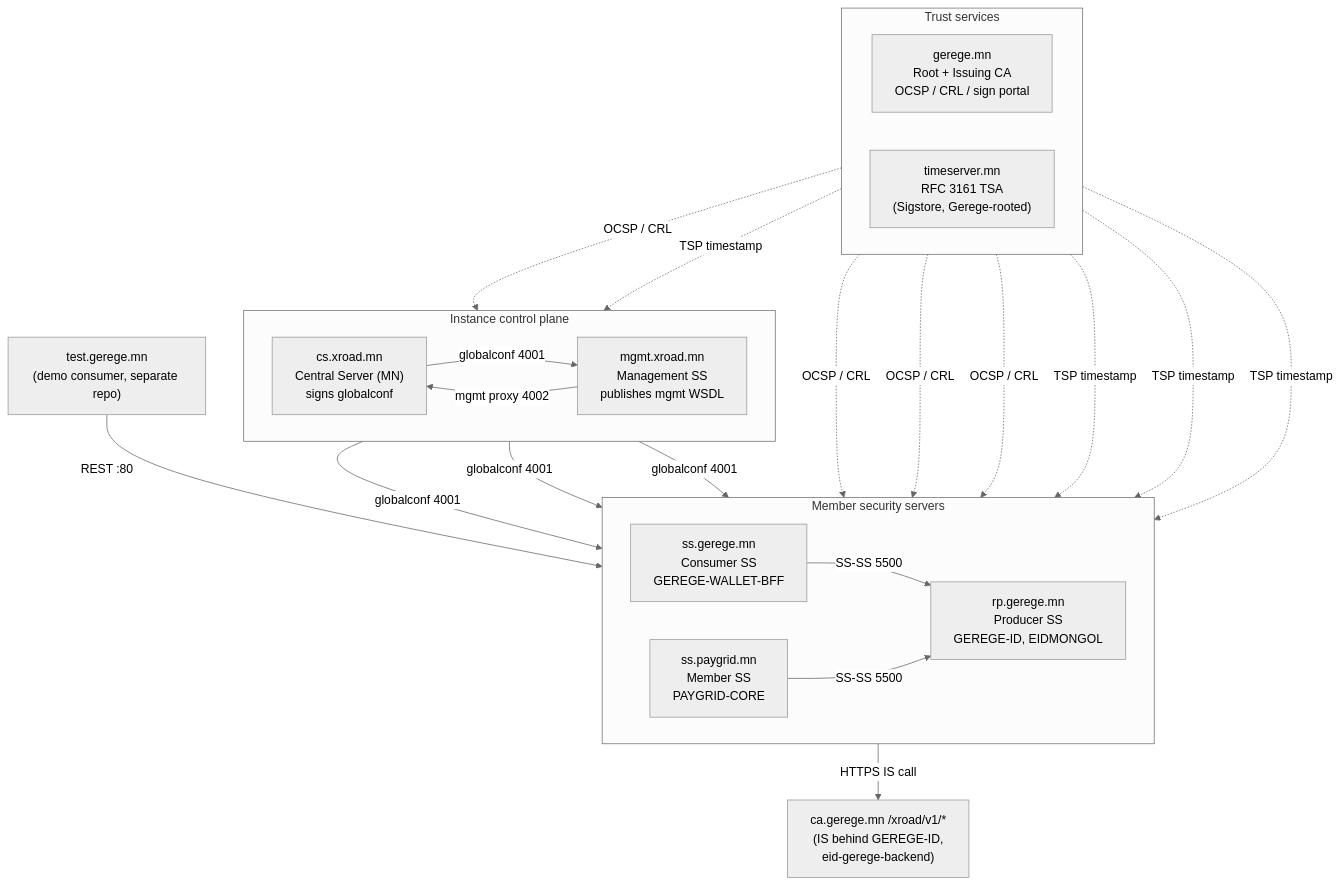
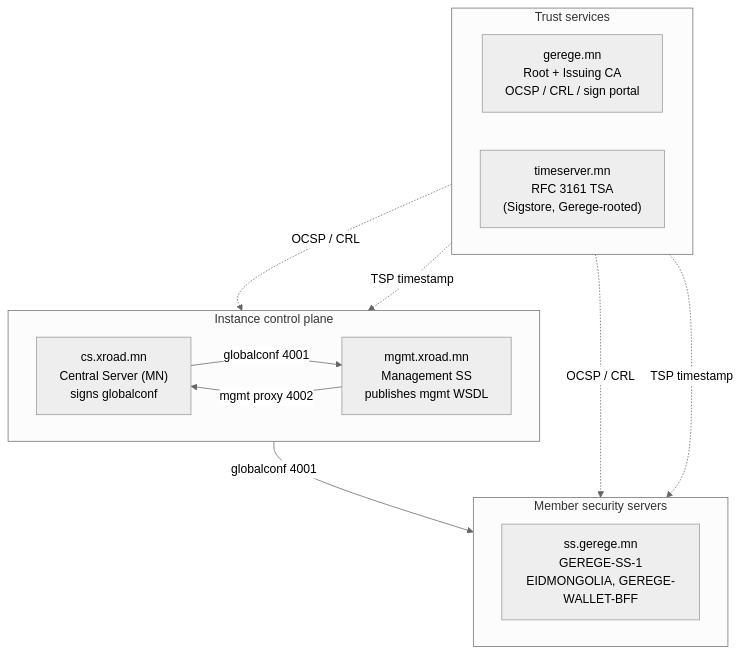
Before and after one commit to geregedevops/xroad-mongolia-mn: the first of 3 diagrams in README.md, drawn with Mermaid (neutral theme). The commit also changed other lines of this file and 3 other files, not shown here.

````diff
--- a/README.md
+++ b/README.md
@@ -9,48 +9,32 @@
 ```mermaid
 graph TB
     %% Mongolia X-Road (instance MN) — high-level topology
     %% Solid arrows = X-Road message / control-plane paths
     %% Dotted arrows = attestation services (OCSP, CRL, RFC 3161 timestamps)
 
     subgraph trust[Trust services]
         direction LR
         CA["gerege.mn<br/>Root + Issuing CA<br/>OCSP / CRL / sign portal"]
         TSA["timeserver.mn<br/>RFC 3161 TSA<br/>(Sigstore, Gerege-rooted)"]
     end
 
     subgraph control[Instance control plane]
         direction LR
         CS["cs.xroad.mn<br/>Central Server (MN)<br/>signs globalconf"]
         MGMT["mgmt.xroad.mn<br/>Management SS<br/>publishes mgmt WSDL"]
     end
 
     subgraph members[Member security servers]
         direction LR
-        RP["rp.gerege.mn<br/>Producer SS<br/>GEREGE-ID, EIDMONGOL"]
-        SSG["ss.gerege.mn<br/>Consumer SS<br/>GEREGE-WALLET-BFF"]
-        PAY["ss.paygrid.mn<br/>Member SS<br/>PAYGRID-CORE"]
+        SSG["ss.gerege.mn<br/>GEREGE-SS-1<br/>EIDMONGOLIA, GEREGE-WALLET-BFF"]
     end
 
-    IS["ca.gerege.mn /xroad/v1/*<br/>(IS behind GEREGE-ID,<br/>eid-gerege-backend)"]
-    DEMO["test.gerege.mn<br/>(demo consumer, separate repo)"]
-
-    CS -->|"globalconf 4001"| RP
     CS -->|"globalconf 4001"| SSG
-    CS -->|"globalconf 4001"| PAY
     CS -->|"globalconf 4001"| MGMT
     MGMT -->|"mgmt proxy 4002"| CS
 
-    SSG -->|"SS-SS 5500"| RP
-    PAY -->|"SS-SS 5500"| RP
-    RP -->|"HTTPS IS call"| IS
-    DEMO -->|"REST :80"| SSG
-
-    CA -.->|"OCSP / CRL"| RP
     CA -.->|"OCSP / CRL"| SSG
     CA -.->|"OCSP / CRL"| MGMT
-    CA -.->|"OCSP / CRL"| PAY
-    TSA -.->|"TSP timestamp"| RP
     TSA -.->|"TSP timestamp"| SSG
     TSA -.->|"TSP timestamp"| MGMT
-    TSA -.->|"TSP timestamp"| PAY
 ```
````
